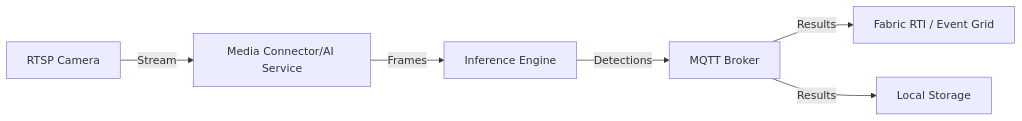
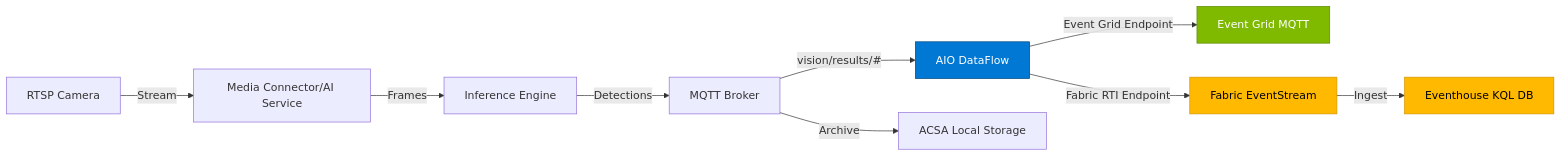
The first of 3 diagrams in docs/solution-adr-library/edge-inference-vs-azure-video-indexer.md (microsoft/edge-ai), drawn with Mermaid before and after one commit. The commit also changed other lines of this file and 1 other file, not shown here.

First line of the commit message:
docs(vision): update integration patterns to reference existing infrastructure

````diff
--- a/docs/solution-adr-library/edge-inference-vs-azure-video-indexer.md
+++ b/docs/solution-adr-library/edge-inference-vs-azure-video-indexer.md
@@ -174,8 +174,16 @@
 ```mermaid
 graph LR
     A[RTSP Camera] -->|Stream| B[Media Connector/AI Service]
     B -->|Frames| C[Inference Engine]
     C -->|Detections| D[MQTT Broker]
-    D -->|Results| E[Fabric RTI / Event Grid]
-    D -->|Results| F[Local Storage]
+    D -->|vision/results/#| E[AIO DataFlow]
+    E -->|Event Grid Endpoint| F[Event Grid MQTT]
+    E -->|Fabric RTI Endpoint| G[Fabric EventStream]
+    G -->|Ingest| H[Eventhouse KQL DB]
+    D -->|Archive| I[ACSA Local Storage]
+
+    style E fill:#0078d4,stroke:#004578,color:#fff
+    style F fill:#7fba00,stroke:#5a8700,color:#fff
+    style G fill:#ffb900,stroke:#d39300,color:#000
+    style H fill:#ffb900,stroke:#d39300,color:#000
 ```
````
